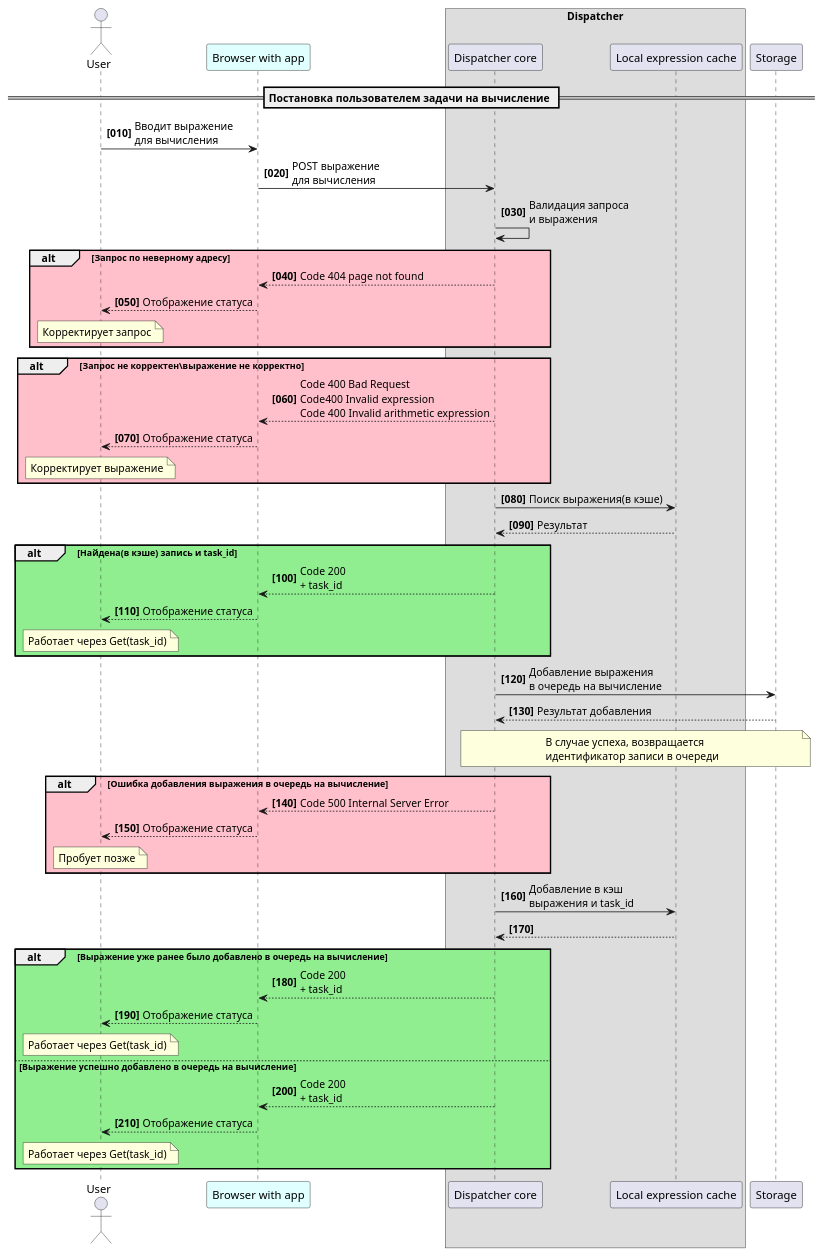
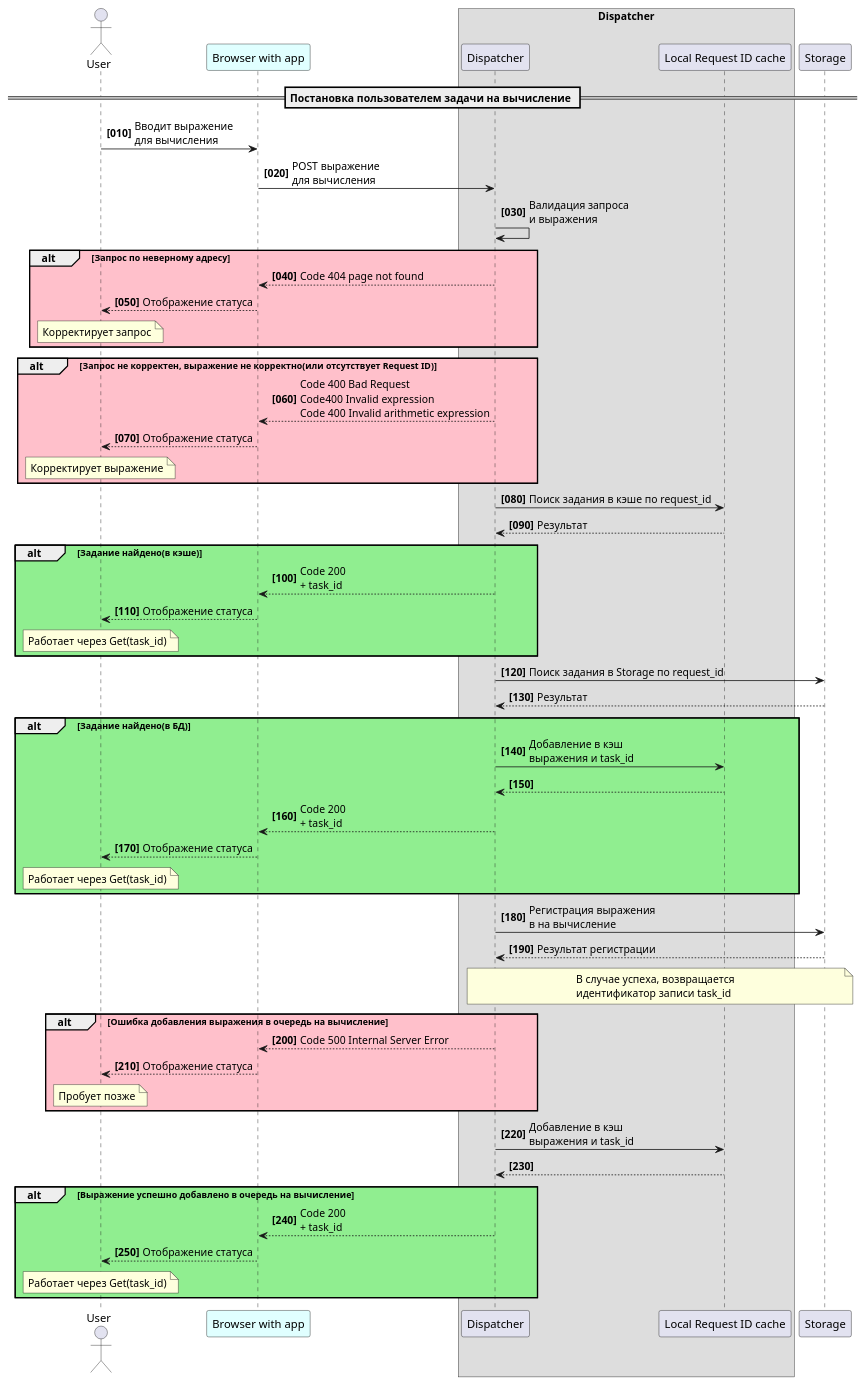
One commit to Federico-gangster/lms_distributed_calculator changed the diagram in docs/UML_diagrams/sheme11.plantuml. Above: the diagram before and after it, drawn with PlantUML. The commit also changed 6 other files, not shown here.

```diff
--- a/docs/UML_diagrams/sheme11.plantuml
+++ b/docs/UML_diagrams/sheme11.plantuml
@@ -1,66 +1,74 @@
 @startuml
 actor User
 participant "Browser with app" as Browser #LightCyan
 
 box "Dispatcher"
-participant "Dispatcher core" as Dispatcher
-participant "Local expression cache" as LocalCache
+participant "Dispatcher" as Dispatcher
+participant "Local Request ID cache" as LocalCache
 end box
 
 participant Storage
 
 
 autonumber 10 10 "<b>[000]"
 
 == Постановка пользователем задачи на вычисление ==
 
 User -> Browser: Вводит выражение \nдля вычисления
 Browser -> Dispatcher: POST выражение \nдля вычисления
 
 Dispatcher -> Dispatcher: Валидация запроса \nи выражения
 alt #Pink Запрос по неверному адресу
   Dispatcher--> Browser: Code 404 page not found
   Browser--> User: Отображение статуса
   note over User: Корректирует запрос 
 end  
-alt #Pink Запрос не корректен\выражение не корректно 
+alt #Pink Запрос не корректен, выражение не корректно(или отсутствует Request ID) 
   Dispatcher--> Browser: Code 400 Bad Request\nCode400 Invalid expression\nCode 400 Invalid arithmetic expression
   Browser--> User: Отображение статуса
   note over User: Корректирует выражение 
 end
 
-Dispatcher -> LocalCache: Поиск выражения(в кэше) 
+Dispatcher -> LocalCache: Поиск задания в кэше по request_id 
 LocalCache --> Dispatcher: Результат
-alt #LightGreen  Найдена(в кэше) запись и task_id
+alt #LightGreen  Задание найдено(в кэше)
   Dispatcher--> Browser: Code 200 \n+ task_id
   Browser--> User: Отображение статуса
   note over User: Работает через Get(task_id) 
 end
 
-Dispatcher -> Storage: Добавление выражения \nв очередь на вычисление
-Storage --> Dispatcher: Результат добавления
+
+Dispatcher -> Storage: Поиск задания в Storage по request_id 
+Storage --> Dispatcher: Результат
+alt #LightGreen  Задание найдено(в БД)
+  Dispatcher -> LocalCache: Добавление в кэш \nвыражения и task_id 
+  LocalCache --> Dispatcher: 
+  Dispatcher--> Browser: Code 200 \n+ task_id
+  Browser--> User: Отображение статуса
+  note over User: Работает через Get(task_id) 
+end
+
+
+Dispatcher -> Storage: Регистрация выражения \nв на вычисление
+Storage --> Dispatcher: Результат регистрации
 note over Dispatcher, Storage
     В случае успеха, возвращается 
-    идентификатор записи в очереди
+    идентификатор записи task_id
 end note
 
 alt #Pink Ошибка добавления выражения в очередь на вычисление
   Dispatcher--> Browser: Code 500 Internal Server Error
   Browser--> User: Отображение статуса
   note over User: Пробует позже 
 end  
 
 Dispatcher -> LocalCache: Добавление в кэш \nвыражения и task_id 
 LocalCache --> Dispatcher: 
-
-alt #LightGreen Выражение уже ранее было добавлено в очередь на вычисление 
-  Dispatcher--> Browser: Code 200 \n+ task_id
-  Browser--> User: Отображение статуса
-  note over User: Работает через Get(task_id)   
-else #LightGreen Выражение успешно добавлено в очередь на вычисление 
+   
+alt #LightGreen Выражение успешно добавлено в очередь на вычисление 
   Dispatcher--> Browser: Code 200 \n+ task_id
   Browser--> User: Отображение статуса
   note over User: Работает через Get(task_id)
 end
 
 @enduml
```
